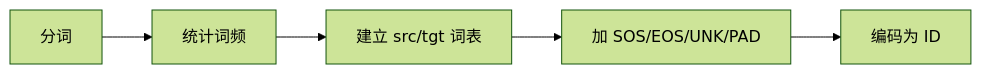
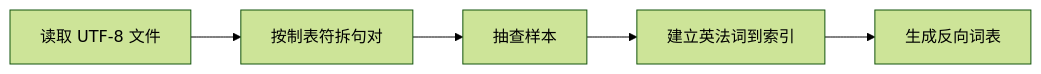
One commit to luyunix/nlp_study changed the first of 3 diagrams in notes/seq2seq-translation/06-preprocessing.md. Above: the diagram before and after it, drawn with Mermaid (forest theme). The commit also changed other lines of this file and 66 other files, not shown here.

````diff
--- a/notes/seq2seq-translation/06-preprocessing.md
+++ b/notes/seq2seq-translation/06-preprocessing.md
@@ -17,12 +17,12 @@
 ```mermaid
 flowchart LR
-    N0["分词"]
-    N1["统计词频"]
-    N2["建立 src/tgt 词表"]
-    N3["加 SOS/EOS/UNK/PAD"]
-    N4["编码为 ID"]
+    N0["读取 UTF-8 文件"]
+    N1["按制表符拆句对"]
+    N2["抽查样本"]
+    N3["建立英法词到索引"]
+    N4["生成反向词表"]
     N0 --> N1
     N1 --> N2
     N2 --> N3
     N3 --> N4
 ```
````
